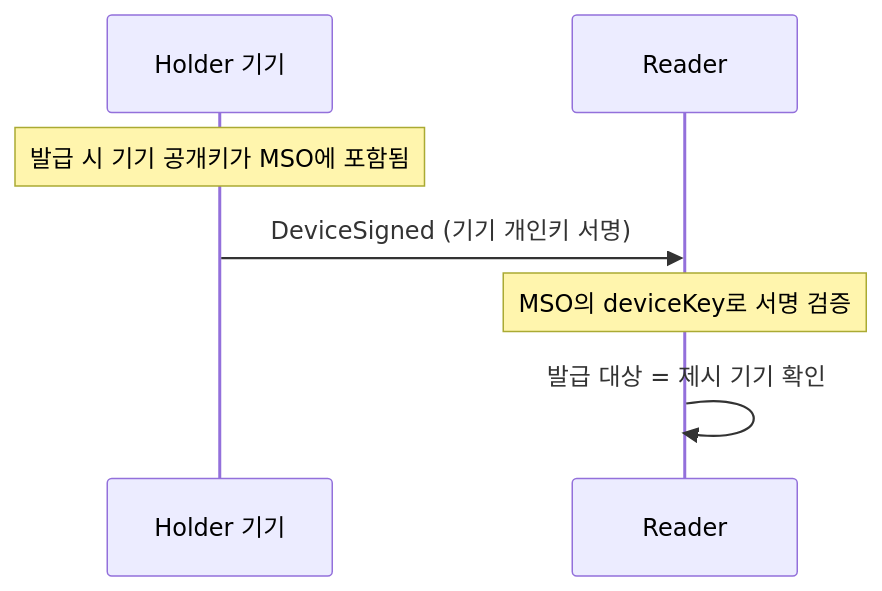
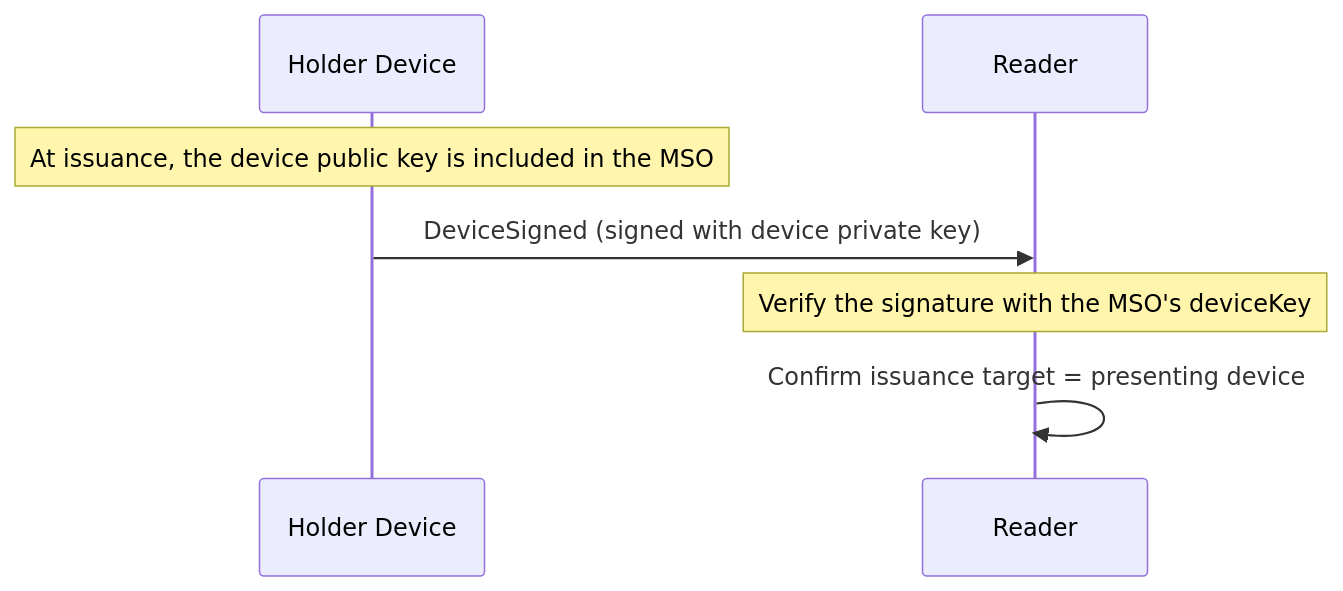
Before and after one commit to OmniOneID/poc-oid4vc: the third of 5 diagrams in docs/concepts/mdoc/mdoc_verification_and_trust.md, drawn with Mermaid. The commit also changed other lines of this file and 29 other files, not shown here.

````diff
--- a/docs/concepts/mdoc/mdoc_verification_and_trust.md
+++ b/docs/concepts/mdoc/mdoc_verification_and_trust.md
@@ -97,9 +97,9 @@
 ```mermaid
 sequenceDiagram
-    participant H as Holder 기기
+    participant H as Holder Device
     participant R as Reader
-    Note over H: 발급 시 기기 공개키가 MSO에 포함됨
-    H->>R: DeviceSigned (기기 개인키 서명)
-    Note over R: MSO의 deviceKey로 서명 검증
-    R->>R: 발급 대상 = 제시 기기 확인
+    Note over H: At issuance, the device public key is included in the MSO
+    H->>R: DeviceSigned (signed with device private key)
+    Note over R: Verify the signature with the MSO's deviceKey
+    R->>R: Confirm issuance target = presenting device
 ```
````
